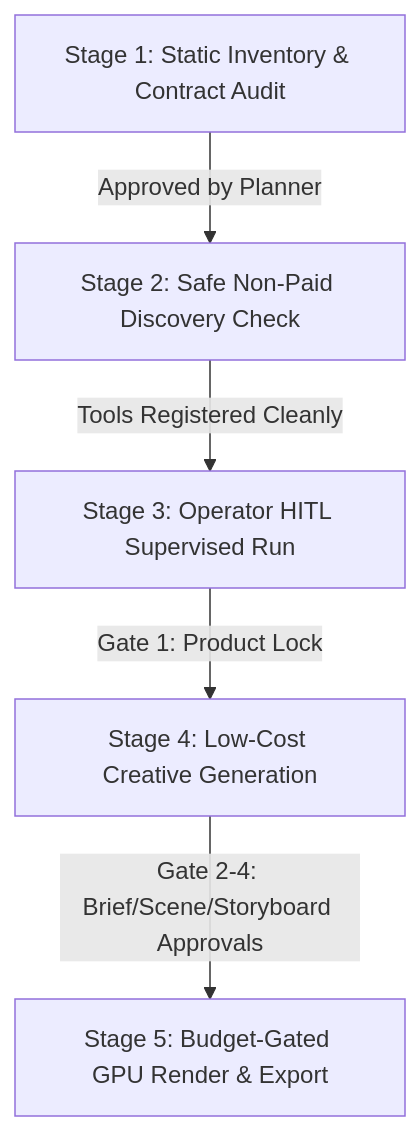
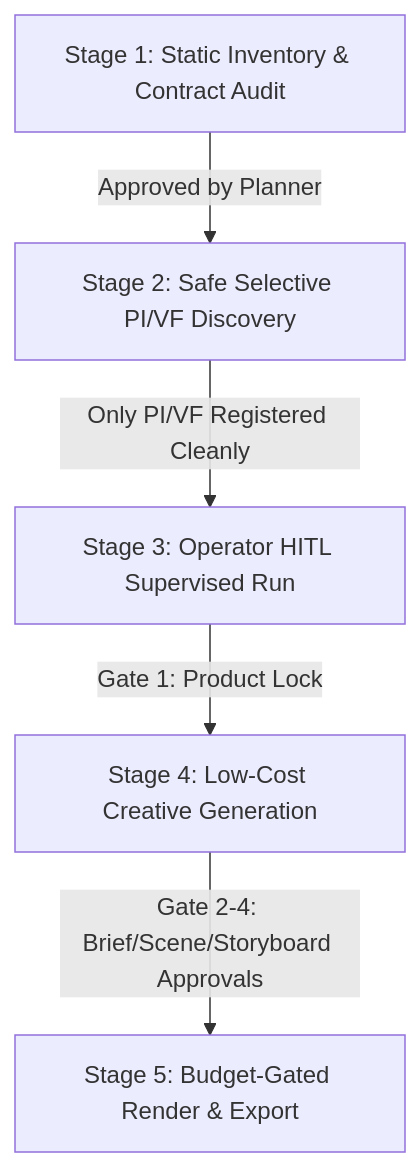
Before and after one commit to khoahuynhanh97/hermes-agent: the diagram in docs/hermes-personal/product-video-runbook.md, drawn with Mermaid. The commit also changed other lines of this file, not shown here.

````diff
--- a/docs/hermes-personal/product-video-runbook.md
+++ b/docs/hermes-personal/product-video-runbook.md
@@ -209,7 +222,7 @@
 ```mermaid
 flowchart TD
-    S1[Stage 1: Static Inventory & Contract Audit] -->|Approved by Planner| S2[Stage 2: Safe Non-Paid Discovery Check]
-    S2 -->|Tools Registered Cleanly| S3[Stage 3: Operator HITL Supervised Run]
+    S1[Stage 1: Static Inventory & Contract Audit] -->|Approved by Planner| S2[Stage 2: Safe Selective PI/VF Discovery]
+    S2 -->|Only PI/VF Registered Cleanly| S3[Stage 3: Operator HITL Supervised Run]
     S3 -->|Gate 1: Product Lock| S4[Stage 4: Low-Cost Creative Generation]
-    S4 -->|Gate 2-4: Brief/Scene/Storyboard Approvals| S5[Stage 5: Budget-Gated GPU Render & Export]
+    S4 -->|Gate 2-4: Brief/Scene/Storyboard Approvals| S5[Stage 5: Budget-Gated Render & Export]
 ```
````
